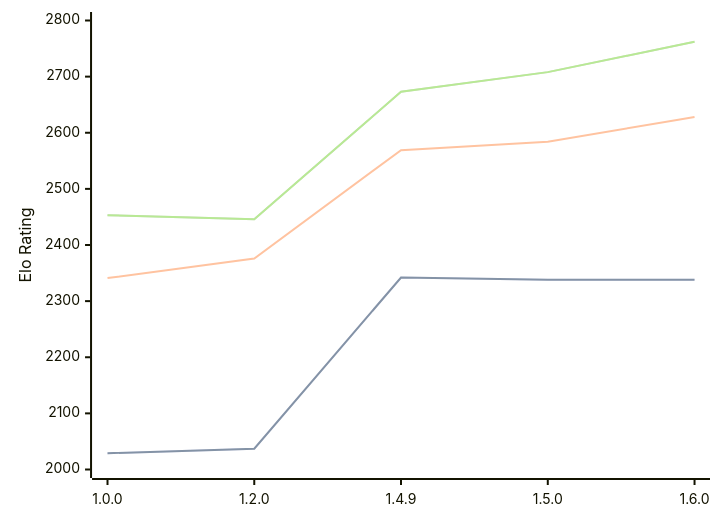
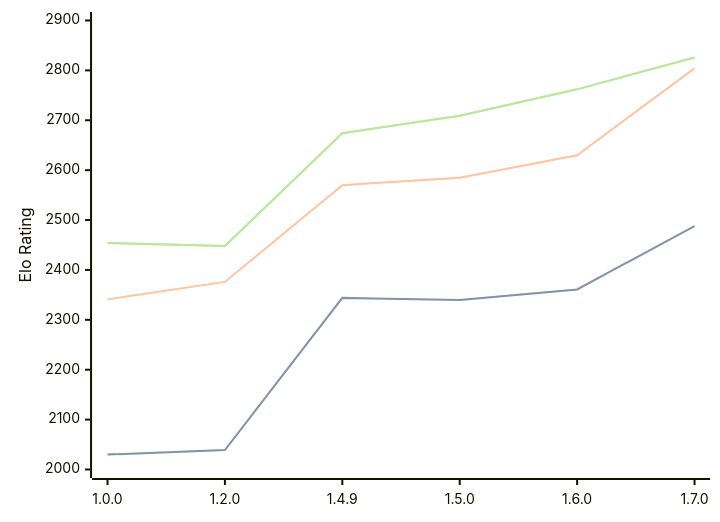
One commit to computer-chess-index/cci changed the first of 3 diagrams in engines/Basilisk.md. Above: the diagram before and after it, drawn with Mermaid. The commit also changed other lines of this file, not shown here.

Commit message:
Update CCI Ratings (ELO VLTC) - 2026-06-30

````diff
--- a/engines/Basilisk.md
+++ b/engines/Basilisk.md
@@ -49,11 +50,11 @@
 ```mermaid
 %%{init: {"theme":"base","themeVariables":{"seriesColors:['#a3a3a3','#222221','#faa371']}}}%%
 xychart-beta
-  x-axis ["1.0.0", "1.2.0", "1.4.9", "1.5.0", "1.6.0"]
-  y-axis "Elo Rating" 2000 --> 2800
-  line "STC (8.0+0.08s)" [2029, 2037, 2342, 2338, 2338]
-  line "STC (8.0+0.08s)" [2029, 2037, 2342, 2338, 2338]
-  line "LTC (60.0+0.60s)" [2341, 2376, 2569, 2584, 2628]
-  line "VLTC (2m24s+1.12s)" [2453, 2446, 2673, 2708, 2762]
-  line "VLTC (2m24s+1.12s)" [2453, 2446, 2673, 2708, 2762]
+  x-axis ["1.0.0", "1.2.0", "1.4.9", "1.5.0", "1.6.0", "1.7.0"]
+  y-axis "Elo Rating" 2000 --> 2900
+  line "STC (8.0+0.08s)" [2030, 2039, 2344, 2340, 2361, 2488]
+  line "STC (8.0+0.08s)" [2030, 2039, 2344, 2340, 2361, 2488]
+  line "LTC (60.0+0.60s)" [2341, 2376, 2570, 2585, 2630, 2804]
+  line "VLTC (2m24s+1.12s)" [2454, 2448, 2674, 2709, 2762, 2826]
+  line "VLTC (2m24s+1.12s)" [2454, 2448, 2674, 2709, 2762, 2826]
 ```
````
